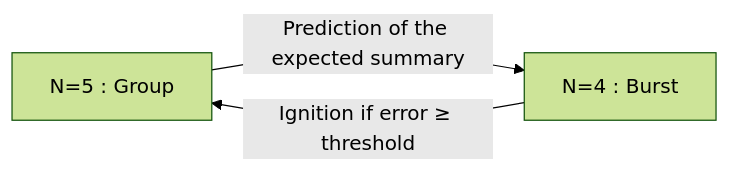
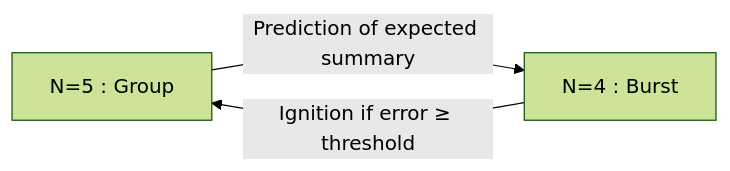
The second of 9 diagrams in architecture/architecture.md (AlainCo/GNWT-Garrigue-X-en), drawn with Mermaid (forest theme) before and after one commit. The commit also changed other lines of this file and 17 other files, not shown here.

````diff
--- a/architecture/architecture.md
+++ b/architecture/architecture.md
@@ -25,5 +25,5 @@
 ```mermaid
 flowchart LR
-    N5["N=5 : Group"] -->|"Prediction of the expected summary"| N4["N=4 : Burst"]
+    N5["N=5 : Group"] -->|"Prediction of expected summary"| N4["N=4 : Burst"]
     N4 -->|"Ignition if error ≥ threshold"| N5
 ```
````
